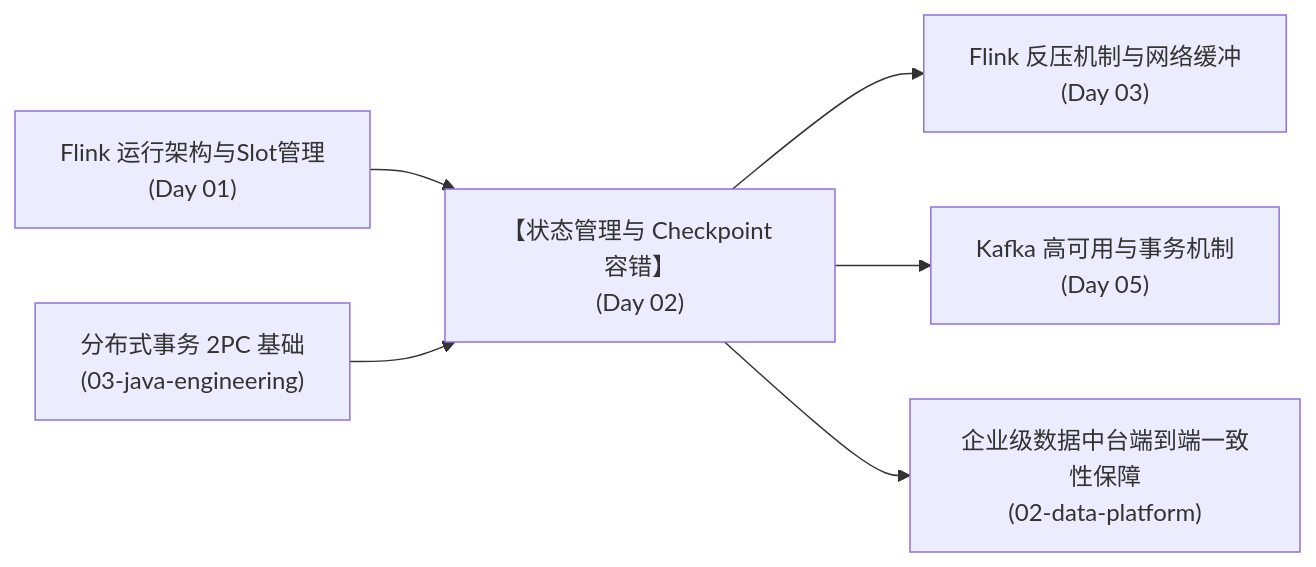
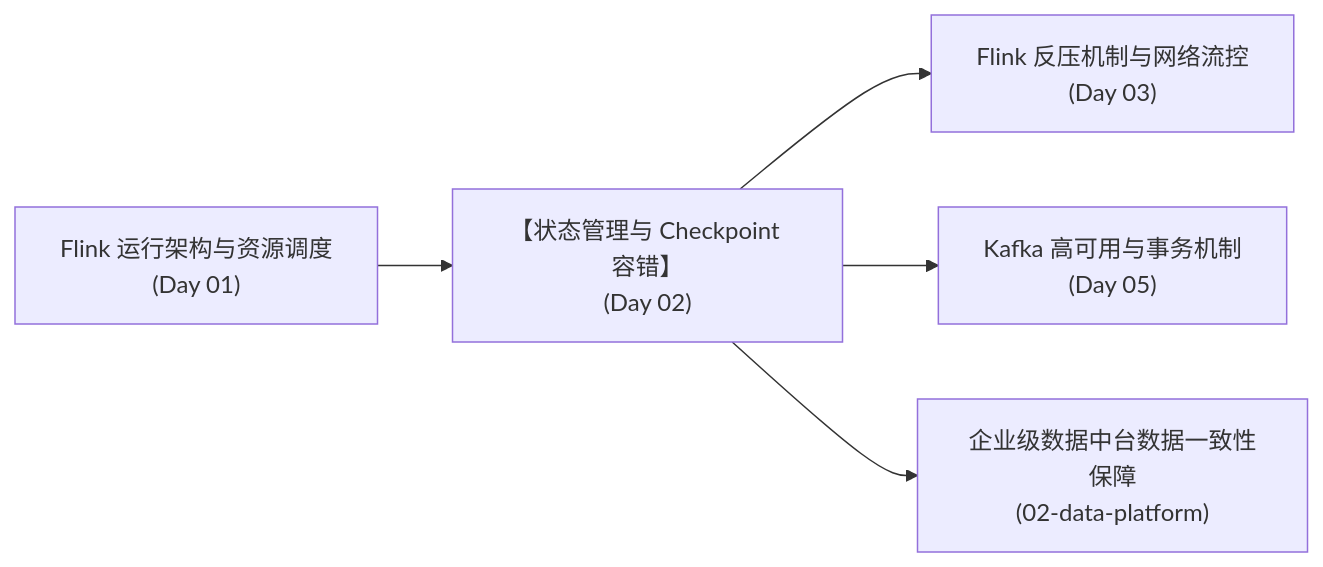
One commit to tieke1121/tech-interview-knowledge-base changed the eighth of 8 diagrams in 01-bigdata/01-flink/02-flink-state-checkpoint.md. Above: the diagram before and after it, drawn with Mermaid. The commit also changed other lines of this file and 3 other files, not shown here.

First line of the commit message:
refactor: upgrade template & docs for technical director/architect interview

````diff
--- a/01-bigdata/01-flink/02-flink-state-checkpoint.md
+++ b/01-bigdata/01-flink/02-flink-state-checkpoint.md
@@ -445,8 +399,7 @@
 ```mermaid
 graph LR
-    Pre1["Flink 运行架构与Slot管理<br/>(Day 01)"] --> Current["【状态管理与 Checkpoint 容错】<br/>(Day 02)"]
-    Pre2["分布式事务 2PC 基础<br/>(03-java-engineering)"] --> Current
-    Current --> Down1["Flink 反压机制与网络缓冲<br/>(Day 03)"]
+    Pre1["Flink 运行架构与资源调度<br/>(Day 01)"] --> Current["【状态管理与 Checkpoint 容错】<br/>(Day 02)"]
+    Current --> Down1["Flink 反压机制与网络流控<br/>(Day 03)"]
     Current --> Down2["Kafka 高可用与事务机制<br/>(Day 05)"]
-    Current --> Arch["企业级数据中台端到端一致性保障<br/>(02-data-platform)"]
+    Current --> Arch["企业级数据中台数据一致性保障<br/>(02-data-platform)"]
 ```
````
